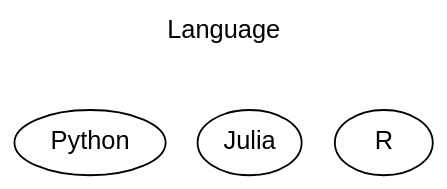
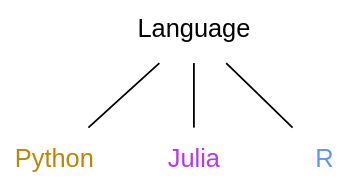
One commit to WestDRI/arc-training changed the second of 12 diagrams in ml/frameworks_slides.qmd. Above: the diagram before and after it, drawn with Graphviz. The commit also changed other lines of this file and 2 other files, not shown here.

````diff
--- a/ml/frameworks_slides.qmd
+++ b/ml/frameworks_slides.qmd
@@ -59,15 +44,15 @@
 ```{dot}
 //| echo: false
 
 strict graph {
   bgcolor="transparent"
   graph [fontname="Inconsolata, sans-serif"]
-  node [fontname="Inconsolata, sans-serif"]
-  edge [color=invis]
-  label="Language\n\n\n"
-  labelloc=t
-  Python
-  Julia
-  R
+  node [fontname="Inconsolata, sans-serif", shape=plaintext]
+
+  Python [fontcolor=darkgoldenrod, URL="https://www.python.org/"]
+  Julia [fontcolor=darkorchid2, URL="https://julialang.org/"]
+  R [fontcolor=cornflowerblue, URL="https://www.r-project.org/"]
+
+  Language -- {Python Julia R}
 }
 ```
````
